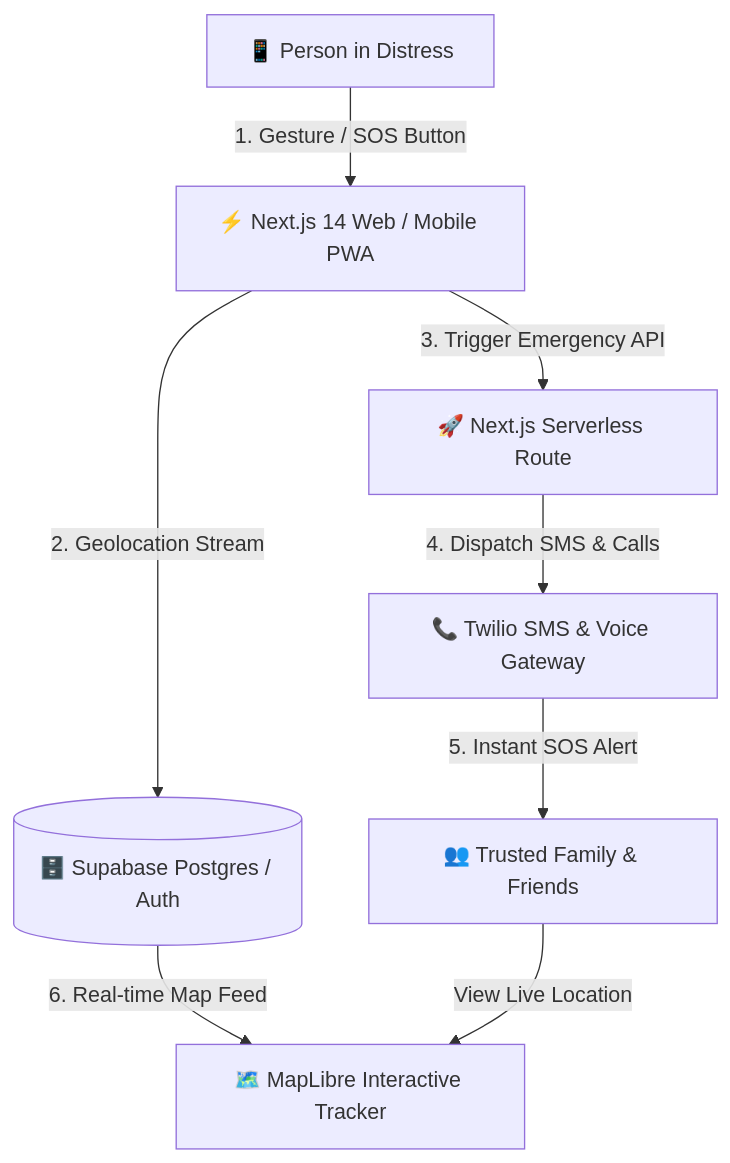
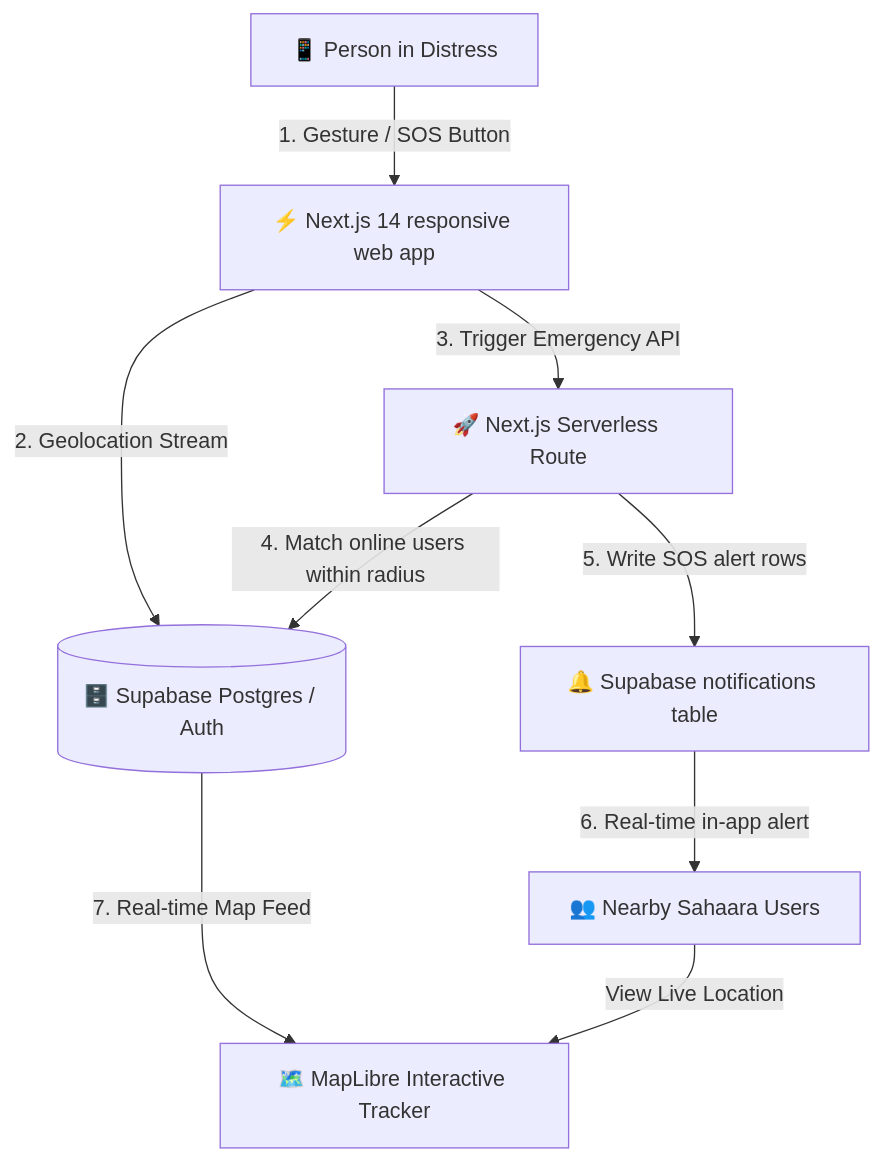
One commit to Shaan-alpha/Sahaara_APP changed the diagram in README.md. Above: the diagram before and after it, drawn with Mermaid. The commit also changed other lines of this file, not shown here.

First line of the commit message:
docs: correct README to match the shipped Supabase alert pipeline

````diff
--- a/README.md
+++ b/README.md
@@ -64,10 +63,11 @@
 ```mermaid
 graph TD
-    User[📱 Person in Distress] -->|1. Gesture / SOS Button| Client[⚡ Next.js 14 Web / Mobile PWA]
+    User[📱 Person in Distress] -->|1. Gesture / SOS Button| Client[⚡ Next.js 14 responsive web app]
     Client -->|2. Geolocation Stream| Supabase[(🗄️ Supabase Postgres / Auth)]
     Client -->|3. Trigger Emergency API| API[🚀 Next.js Serverless Route]
-    API -->|4. Dispatch SMS & Calls| Twilio[📞 Twilio SMS & Voice Gateway]
-    Twilio -->|5. Instant SOS Alert| TrustedContacts[👥 Trusted Family & Friends]
-    Supabase -->|6. Real-time Map Feed| Map[🗺️ MapLibre Interactive Tracker]
-    TrustedContacts -->|View Live Location| Map
+    API -->|4. Match online users within radius| Supabase
+    API -->|5. Write SOS alert rows| Notifications[🔔 Supabase notifications table]
+    Notifications -->|6. Real-time in-app alert| NearbyUsers[👥 Nearby Sahaara Users]
+    Supabase -->|7. Real-time Map Feed| Map[🗺️ MapLibre Interactive Tracker]
+    NearbyUsers -->|View Live Location| Map
 ```
````
